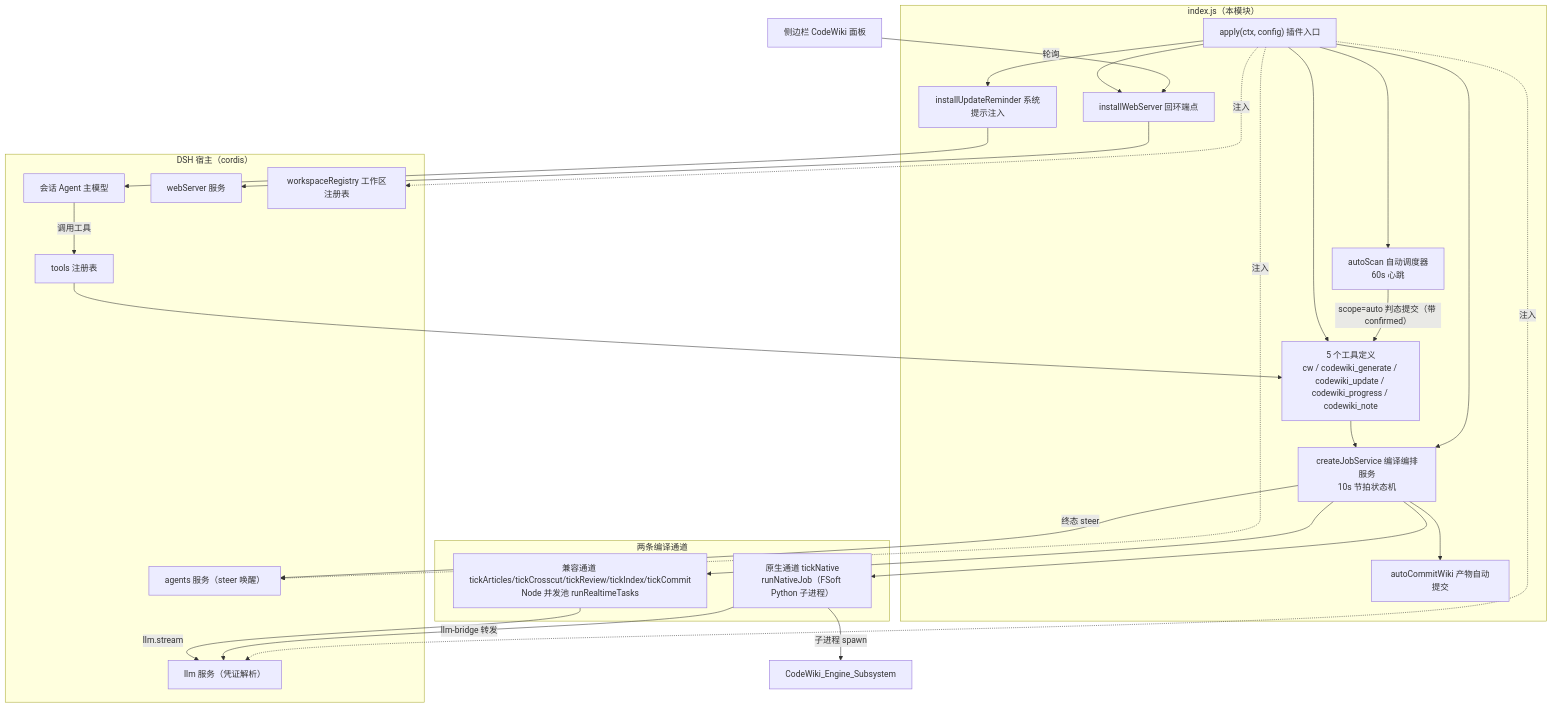
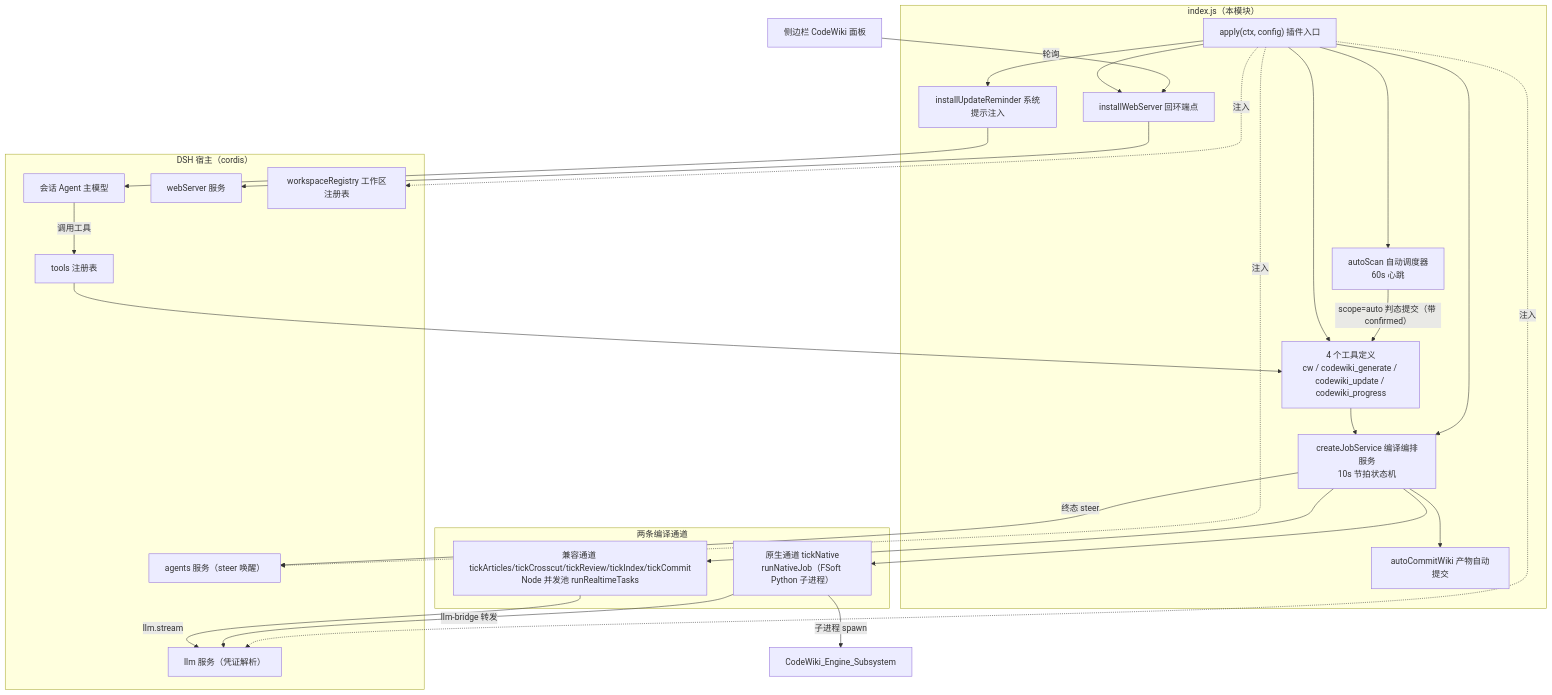
One commit to ikliml666/dsh-codewiki changed the first of 4 diagrams in .codewiki/_native-state/docs/Core_Application_Runtime_Entry.md. Above: the diagram before and after it, drawn with Mermaid. The commit also changed other lines of this file and 19 other files, not shown here.

````diff
--- a/.codewiki/_native-state/docs/Core_Application_Runtime_Entry.md
+++ b/.codewiki/_native-state/docs/Core_Application_Runtime_Entry.md
@@ -15,51 +15,51 @@
 ```mermaid
 flowchart TB
     subgraph Host["DSH 宿主（cordis）"]
         AGENT["会话 Agent 主模型"]
         TOOLS_REG["tools 注册表"]
         WEB["webServer 服务"]
         LLMSVC["llm 服务（凭证解析）"]
         AGENTSVC["agents 服务（steer 唤醒）"]
         WREG["workspaceRegistry 工作区注册表"]
     end
 
     subgraph PLUGIN["index.js（本模块）"]
         APPLY["apply(ctx, config) 插件入口"]
-        TOOLS["5 个工具定义<br/>cw / codewiki_generate / codewiki_update / codewiki_progress / codewiki_note"]
+        TOOLS["4 个工具定义<br/>cw / codewiki_generate / codewiki_update / codewiki_progress"]
         SVC["createJobService 编译编排服务<br/>10s 节拍状态机"]
         API["installWebServer 回环端点"]
         SCHED["autoScan 自动调度器<br/>60s 心跳"]
         REMIND["installUpdateReminder 系统提示注入"]
         COMMIT["autoCommitWiki 产物自动提交"]
     end
 
     subgraph CHANNELS["两条编译通道"]
         NATIVE["原生通道 tickNative<br/>runNativeJob（FSoft Python 子进程）"]
         LEGACY["兼容通道 tickArticles/tickCrosscut/tickReview/tickIndex/tickCommit<br/>Node 并发池 runRealtimeTasks"]
     end
 
     PANEL["侧边栏 CodeWiki 面板"]
 
     AGENT -->|调用工具| TOOLS_REG
     TOOLS_REG --> TOOLS
     TOOLS --> SVC
     APPLY --> TOOLS
     APPLY --> SVC
     APPLY --> API
     APPLY --> SCHED
     APPLY --> REMIND
     API --> WEB
     PANEL -->|轮询| API
     SVC --> NATIVE
     SVC --> LEGACY
     NATIVE -->|子进程 spawn| ENGINE["CodeWiki_Engine_Subsystem"]
     LEGACY -->|llm.stream| LLMSVC
     NATIVE -->|llm-bridge 转发| LLMSVC
     SVC --> COMMIT
     SVC -->|终态 steer| AGENTSVC
     REMIND --> AGENT
     SCHED -->|scope=auto 判态提交（带 confirmed）| TOOLS
     APPLY -.注入.-> LLMSVC
     APPLY -.注入.-> AGENTSVC
     APPLY -.注入.-> WREG
 ```
````
